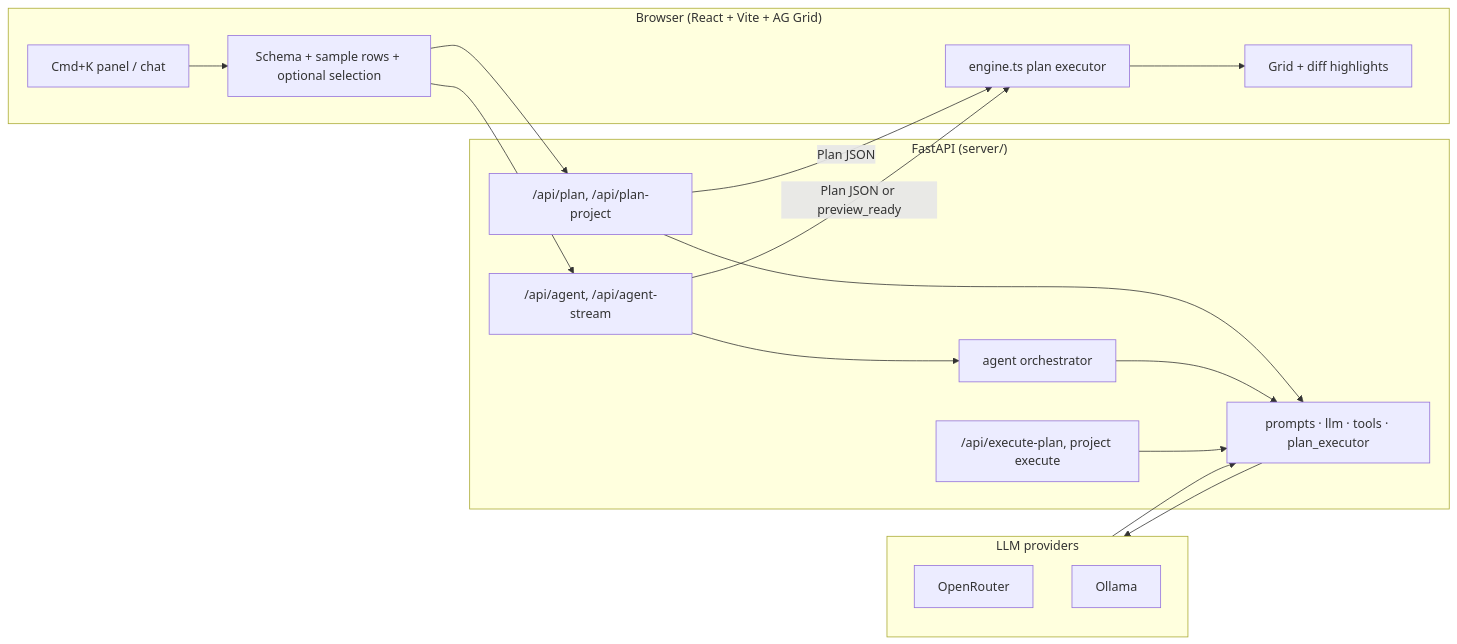
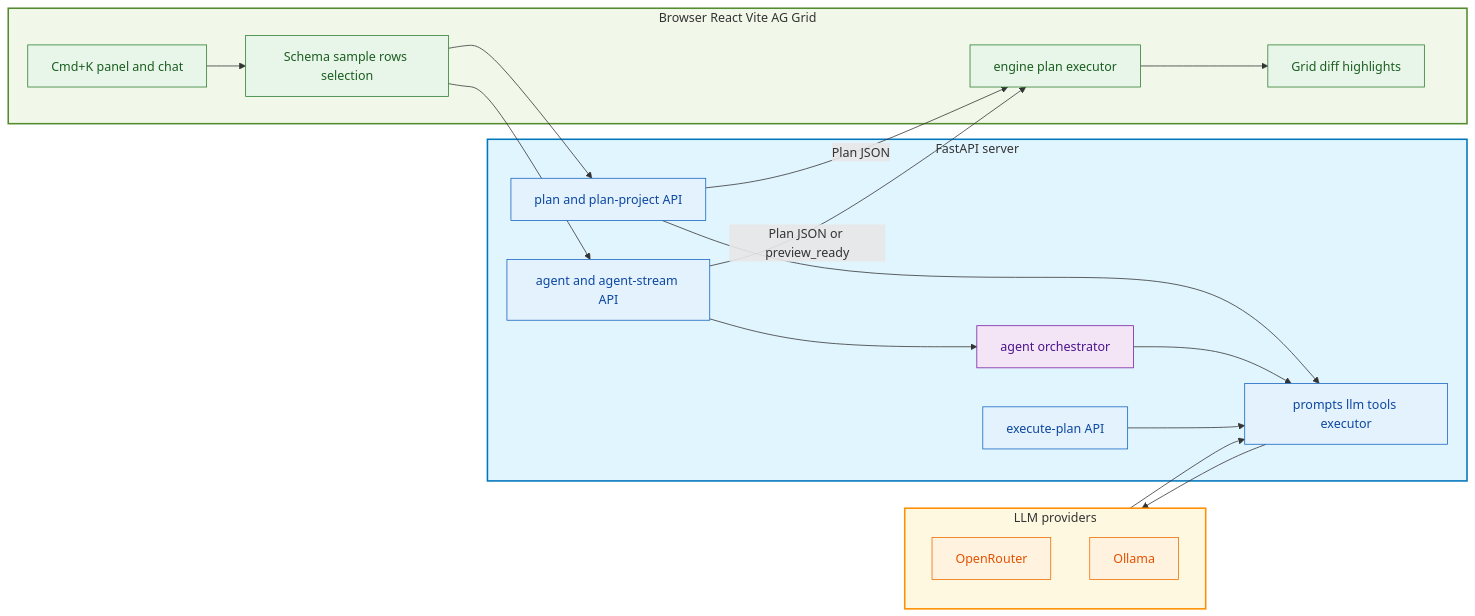
Before and after one commit to Pawpaw497/cursor-for-spreadsheet: the diagram in docs/architecture.md, drawn with Mermaid. The commit also changed 33 other files, not shown here.

````diff
--- a/docs/architecture.md
+++ b/docs/architecture.md
@@ -7,34 +7,48 @@
 ```mermaid
 flowchart LR
-    subgraph Browser["Browser (React + Vite + AG Grid)"]
-        UI[Cmd+K panel / chat]
-        CTX[Schema + sample rows + optional selection]
-        ENG[engine.ts plan executor]
-        GRID[Grid + diff highlights]
+    subgraph Browser [Browser React Vite AG Grid]
+        UI[Cmd+K panel and chat]
+        CTX[Schema sample rows selection]
+        ENG[engine plan executor]
+        GRID[Grid diff highlights]
     end
 
-    subgraph API["FastAPI (server/)"]
-        PLAN["/api/plan, /api/plan-project"]
-        AGENT["/api/agent, /api/agent-stream"]
-        EXEC["/api/execute-plan, project execute"]
-        SVC[prompts · llm · tools · plan_executor]
+    subgraph API [FastAPI server]
+        PLAN[plan and plan-project API]
+        AGENT[agent and agent-stream API]
+        EXEC[execute-plan API]
+        SVC[prompts llm tools executor]
         ORCH[agent orchestrator]
     end
 
-    subgraph LLM["LLM providers"]
+    subgraph LLM [LLM providers]
         OR[OpenRouter]
         OL[Ollama]
     end
 
     UI --> CTX
     CTX --> PLAN
     CTX --> AGENT
     PLAN --> SVC
     AGENT --> ORCH --> SVC
     SVC --> LLM
     LLM --> SVC
     PLAN -->|Plan JSON| ENG
     AGENT -->|Plan JSON or preview_ready| ENG
     ENG --> GRID
     EXEC --> SVC
+
+    classDef frontend fill:#e8f5e9,stroke:#2e7d32,color:#1b5e20
+    classDef backend fill:#e3f2fd,stroke:#1565c0,color:#0d47a1
+    classDef llmNode fill:#fff3e0,stroke:#ef6c00,color:#e65100
+    classDef orch fill:#f3e5f5,stroke:#7b1fa2,color:#4a148c
+
+    class UI,CTX,ENG,GRID frontend
+    class PLAN,AGENT,EXEC,SVC backend
+    class OR,OL llmNode
+    class ORCH orch
+
+    style Browser fill:#f1f8e9,stroke:#558b2f,stroke-width:2px
+    style API fill:#e1f5fe,stroke:#0277bd,stroke-width:2px
+    style LLM fill:#fff8e1,stroke:#ff8f00,stroke-width:2px
 ```
````
